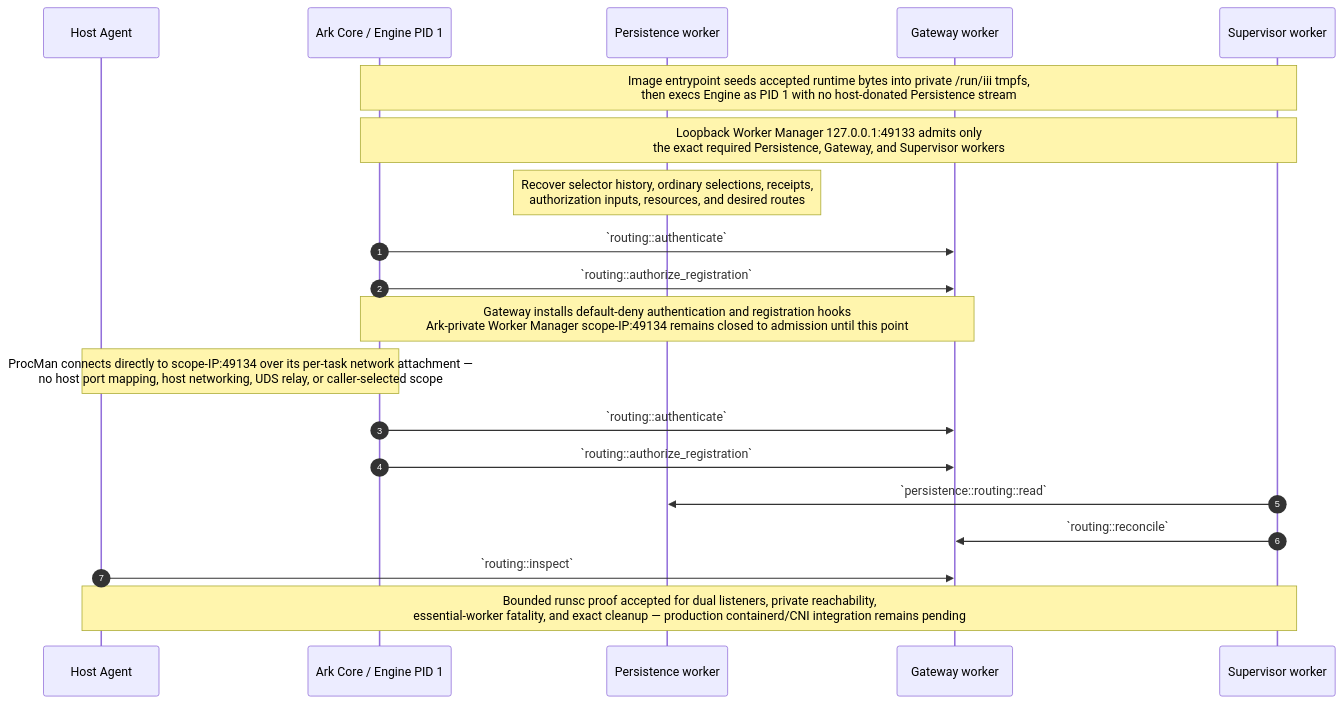
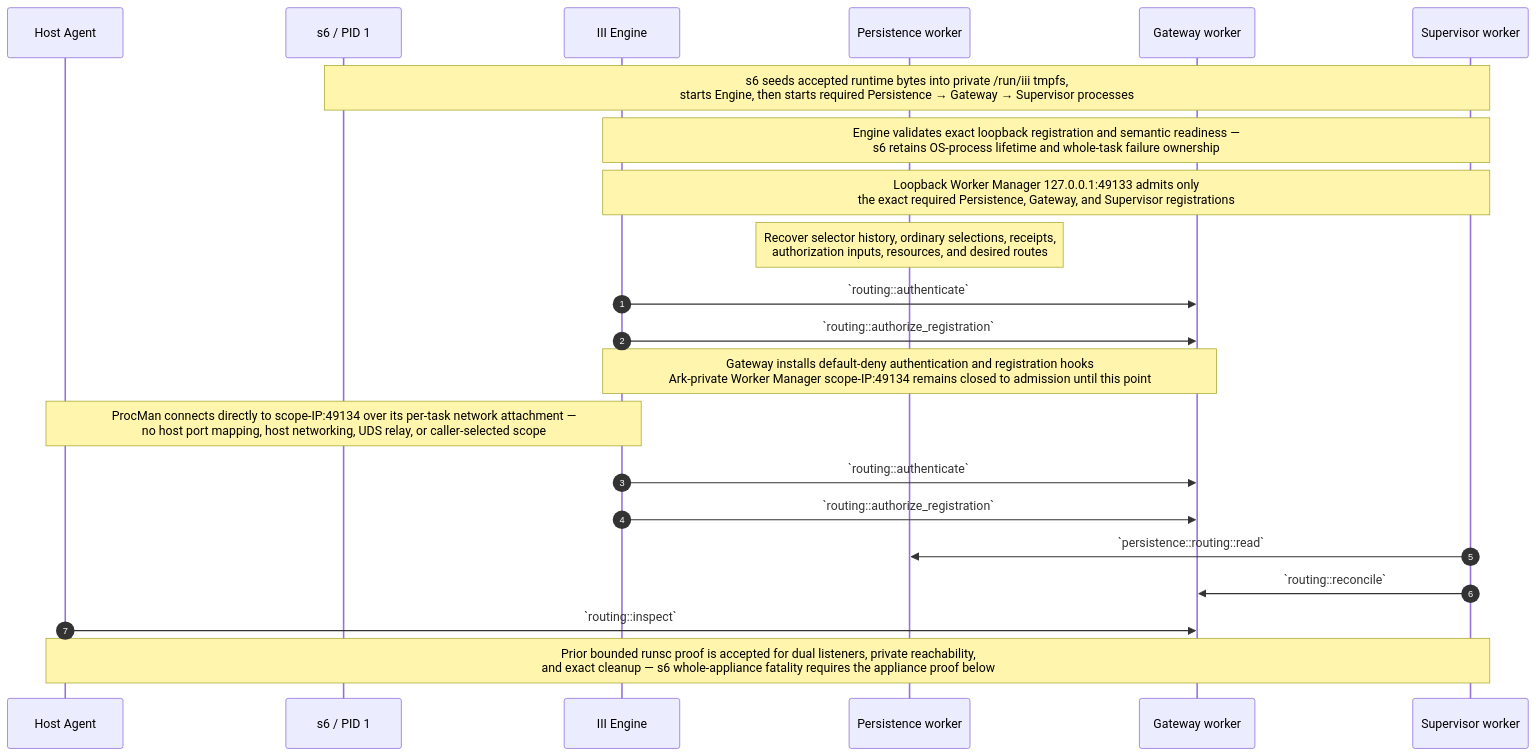
Before and after one commit to dreamcatcher-tech/chambers-lifecycle-explorer: the fourth of 17 diagrams in source/chambers-lifecycle-sequences.md, drawn with Mermaid. The commit also changed other lines of this file and 8 other files, not shown here.

Commit message:
Project s6 Ark Core lifecycle authority

````diff
--- a/source/chambers-lifecycle-sequences.md
+++ b/source/chambers-lifecycle-sequences.md
@@ -547,23 +559,25 @@
 ```mermaid
 sequenceDiagram
     autonumber
     participant HostAgent as Host Agent
-    participant Engine as Ark Core / Engine PID 1
+    participant Init as s6 / PID 1
+    participant Engine as III Engine
     participant Persistence as Persistence worker
     participant Gateway as Gateway worker
     participant Supervisor as Supervisor worker
 
-    Note over Engine,Supervisor: Image entrypoint seeds accepted runtime bytes into private /run/iii tmpfs,<br/>then execs Engine as PID 1 with no host-donated Persistence stream
-    Note over Engine,Supervisor: Loopback Worker Manager 127.0.0.1:49133 admits only<br/>the exact required Persistence, Gateway, and Supervisor workers
+    Note over Init,Supervisor: s6 seeds accepted runtime bytes into private /run/iii tmpfs,<br/>starts Engine, then starts required Persistence → Gateway → Supervisor processes
+    Note over Engine,Supervisor: Engine validates exact loopback registration and semantic readiness —<br/>s6 retains OS-process lifetime and whole-task failure ownership
+    Note over Engine,Supervisor: Loopback Worker Manager 127.0.0.1:49133 admits only<br/>the exact required Persistence, Gateway, and Supervisor registrations
     Note over Persistence: Recover selector history, ordinary selections, receipts,<br/>authorization inputs, resources, and desired routes
     Engine->>Gateway: `routing::authenticate`
     Engine->>Gateway: `routing::authorize_registration`
     Note over Engine,Gateway: Gateway installs default-deny authentication and registration hooks<br/>Ark-private Worker Manager scope-IP:49134 remains closed to admission until this point
     Note over HostAgent,Engine: ProcMan connects directly to scope-IP:49134 over its per-task network attachment —<br/>no host port mapping, host networking, UDS relay, or caller-selected scope
     Engine->>Gateway: `routing::authenticate`
     Engine->>Gateway: `routing::authorize_registration`
     Supervisor->>Persistence: `persistence::routing::read`
     Supervisor->>Gateway: `routing::reconcile`
     HostAgent->>Gateway: `routing::inspect`
-    Note over HostAgent,Supervisor: Bounded runsc proof accepted for dual listeners, private reachability,<br/>essential-worker fatality, and exact cleanup — production containerd/CNI integration remains pending
+    Note over HostAgent,Supervisor: Prior bounded runsc proof is accepted for dual listeners, private reachability,<br/>and exact cleanup — s6 whole-appliance fatality requires the appliance proof below
 ```
````
